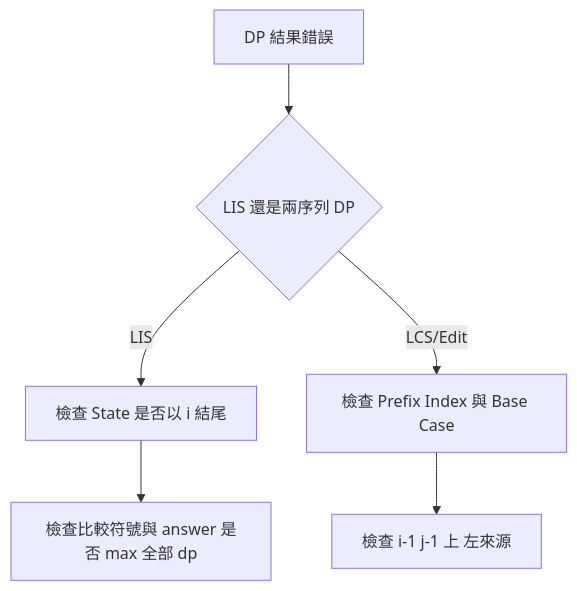
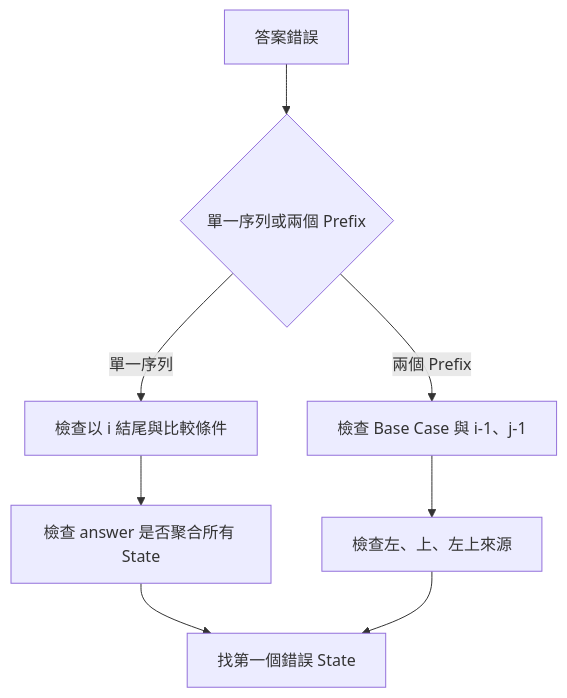
Before and after one commit to davidchen0970/algorithm_note: the third of 3 diagrams in 09_dynamic_programming/41_subsequence_dp.md, drawn with Mermaid. The commit also changed other lines of this file, not shown here.

````diff
--- a/09_dynamic_programming/41_subsequence_dp.md
+++ b/09_dynamic_programming/41_subsequence_dp.md
@@ -818,8 +896,10 @@
 ```mermaid
 flowchart TD
-    A["DP 結果錯誤"] --> B{"LIS 還是兩序列 DP"}
-    B -->|LIS| C["檢查 State 是否以 i 結尾"]
-    B -->|LCS/Edit| D["檢查 Prefix Index 與 Base Case"]
-    D --> E["檢查 i-1 j-1 上 左來源"]
-    C --> F["檢查比較符號與 answer 是否 max 全部 dp"]
+    A["答案錯誤"] --> B{"單一序列或兩個 Prefix"}
+    B -->|單一序列| C["檢查以 i 結尾與比較條件"]
+    B -->|兩個 Prefix| D["檢查 Base Case 與 i-1、j-1"]
+    C --> E["檢查 answer 是否聚合所有 State"]
+    D --> F["檢查左、上、左上來源"]
+    E --> G["找第一個錯誤 State"]
+    F --> G
 ```
````
